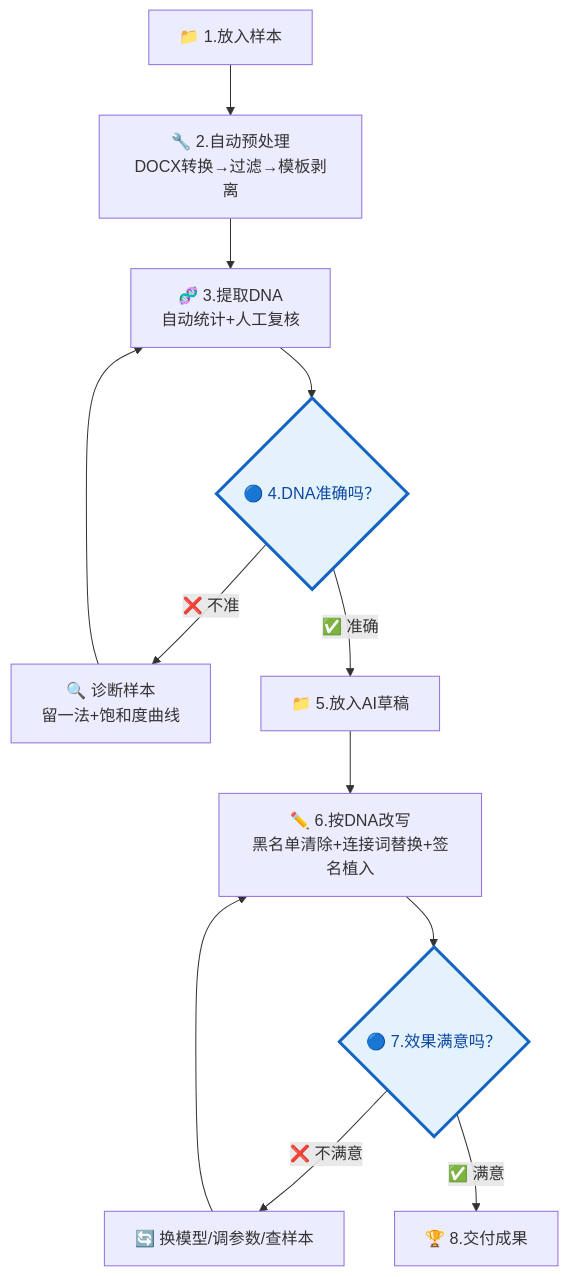
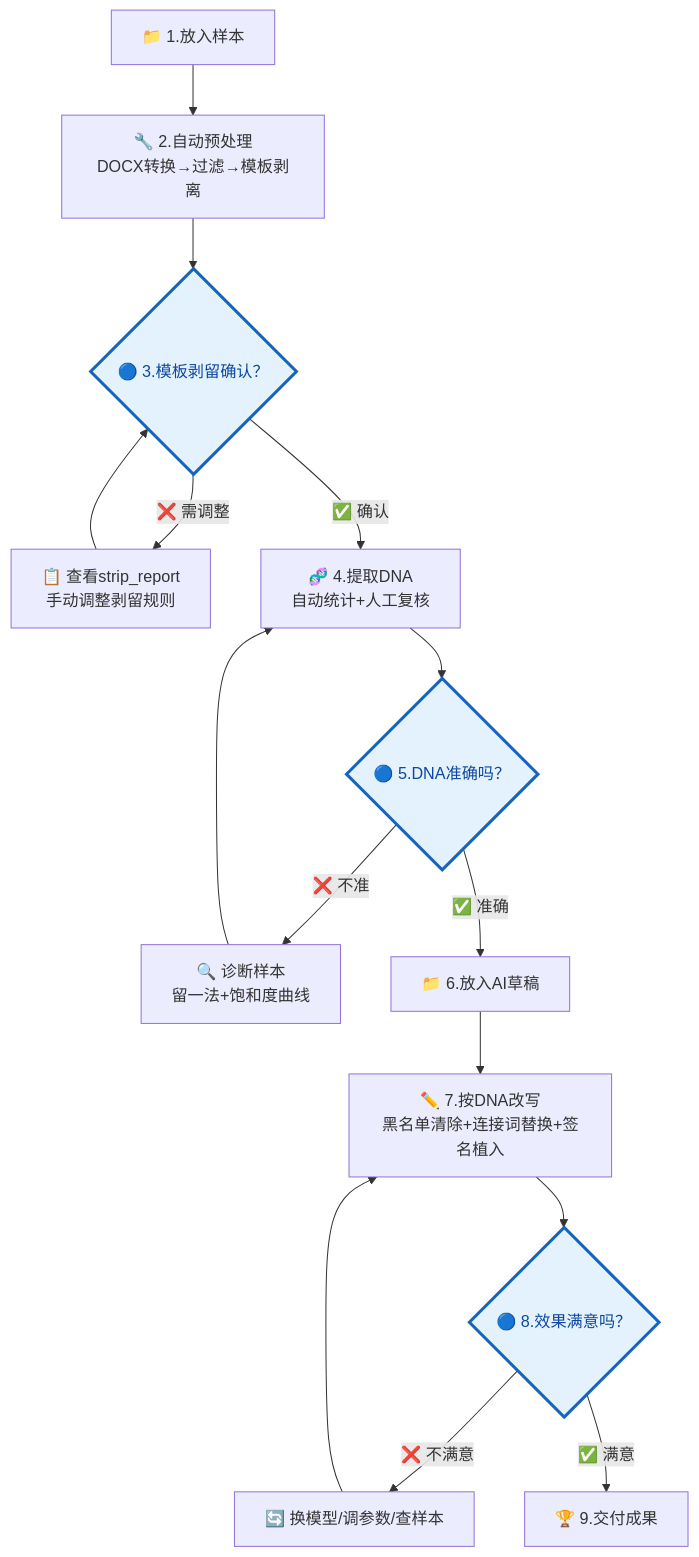
One commit to dvdxfv/skill-writing-dna changed the diagram in README.md. Above: the diagram before and after it, drawn with Mermaid. The commit also changed 1 other file, not shown here.

Commit message:
docs: 修复mermaid流程图，补全第3个停等点（模板剥留确认）

````diff
--- a/README.md
+++ b/README.md
@@ -49,17 +49,21 @@
 ```mermaid
 flowchart TD
     A["📁 1.放入样本"] --> B["🔧 2.自动预处理<br/>DOCX转换→过滤→模板剥离"]
-    B --> C["🧬 3.提取DNA<br/>自动统计+人工复核"]
-    C --> D{"🔵 4.DNA准确吗？"}
-    D -->|❌ 不准| E["🔍 诊断样本<br/>留一法+饱和度曲线"]
-    E --> C
-    D -->|✅ 准确| F["📁 5.放入AI草稿"]
-    F --> G["✏️ 6.按DNA改写<br/>黑名单清除+连接词替换+签名植入"]
-    G --> H{"🔵 7.效果满意吗？"}
+    B --> C{"🔵 3.模板剥留确认？"}
+    C -->|❌ 需调整| B1["📋 查看strip_report<br/>手动调整剥留规则"]
+    B1 --> C
+    C -->|✅ 确认| D["🧬 4.提取DNA<br/>自动统计+人工复核"]
+    D --> E{"🔵 5.DNA准确吗？"}
+    E -->|❌ 不准| E1["🔍 诊断样本<br/>留一法+饱和度曲线"]
+    E1 --> D
+    E -->|✅ 准确| F["📁 6.放入AI草稿"]
+    F --> G["✏️ 7.按DNA改写<br/>黑名单清除+连接词替换+签名植入"]
+    G --> H{"🔵 8.效果满意吗？"}
     H -->|❌ 不满意| I["🔄 换模型/调参数/查样本"]
     I --> G
-    H -->|✅ 满意| J["🏆 8.交付成果"]
+    H -->|✅ 满意| J["🏆 9.交付成果"]
 
-    style D fill:#e3f2fd,stroke:#1565c0,stroke-width:3px,color:#0d47a1
+    style C fill:#e3f2fd,stroke:#1565c0,stroke-width:3px,color:#0d47a1
+    style E fill:#e3f2fd,stroke:#1565c0,stroke-width:3px,color:#0d47a1
     style H fill:#e3f2fd,stroke:#1565c0,stroke-width:3px,color:#0d47a1
 ```
````
